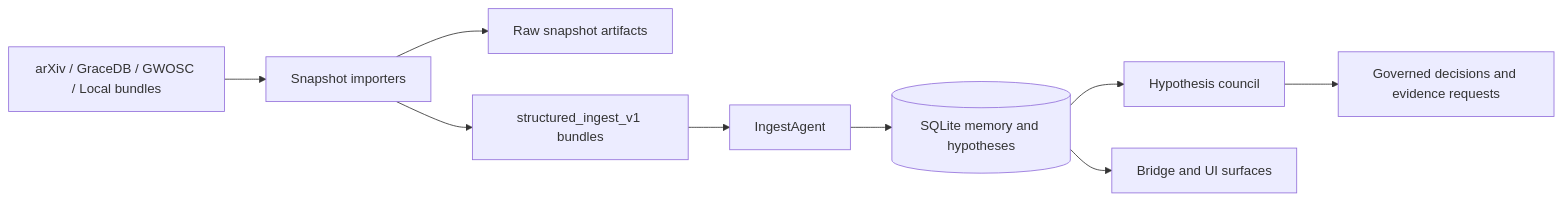
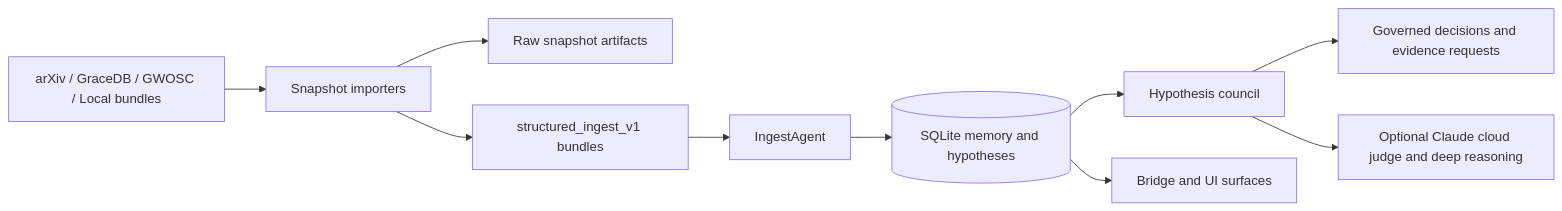
The diagram in README.md (drosadocastro-bit/Manatuabon), drawn with Mermaid before and after one commit. The commit also changed other lines of this file and 35 other files, not shown here.

````diff
--- a/README.md
+++ b/README.md
@@ -15,11 +15,12 @@
 ```mermaid
 flowchart LR
 	A[arXiv / GraceDB / GWOSC / Local bundles] --> B[Snapshot importers]
 	B --> C[Raw snapshot artifacts]
 	B --> D[structured_ingest_v1 bundles]
 	D --> E[IngestAgent]
 	E --> F[(SQLite memory and hypotheses)]
 	F --> G[Hypothesis council]
 	G --> H[Governed decisions and evidence requests]
+	G --> J[Optional Claude cloud judge and deep reasoning]
 	F --> I[Bridge and UI surfaces]
 ```
````
